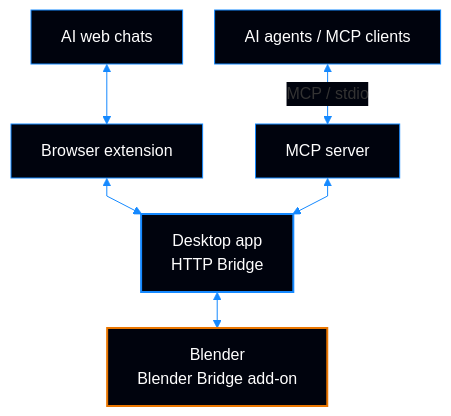
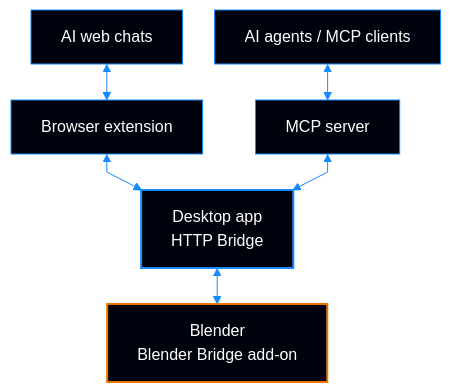
The diagram in README.md (Blender-Bridge/blender-bridge), drawn with Mermaid before and after one commit.

Commit message:
Simplify the connection diagram labels

````diff
--- a/README.md
+++ b/README.md
@@ -41,17 +41,17 @@
 ```mermaid
 %%{init: {"theme":"base","themeVariables":{"fontFamily":"Arial, sans-serif","fontSize":"16px","lineColor":"#1589ff","textColor":"#ffffff","edgeLabelBackground":"#00030d"},"flowchart":{"curve":"linear","nodeSpacing":32,"rankSpacing":36}}}%%
 flowchart TB
     chat["AI web chats"] <--> extension["Browser extension"]
-    agent["AI agents / MCP clients"] <-->|MCP / stdio| mcp["MCP server"]
+    agent["AI agents / MCP clients"] <--> mcp["MCP server"]
     extension <--> bridge["Desktop app<br/>HTTP Bridge"]
     mcp <--> bridge
     bridge <--> blender["Blender<br/>Blender Bridge add-on"]
 
     classDef ai fill:#00030d,stroke:#1589ff,color:#ffffff
     classDef core fill:#00030d,stroke:#1589ff,color:#ffffff,stroke-width:2px
     classDef scene fill:#00030d,stroke:#ea7600,color:#ffffff,stroke-width:2px
     class chat,agent,extension,mcp ai
     class bridge core
     class blender scene
     linkStyle default stroke:#1589ff
 ```
````
